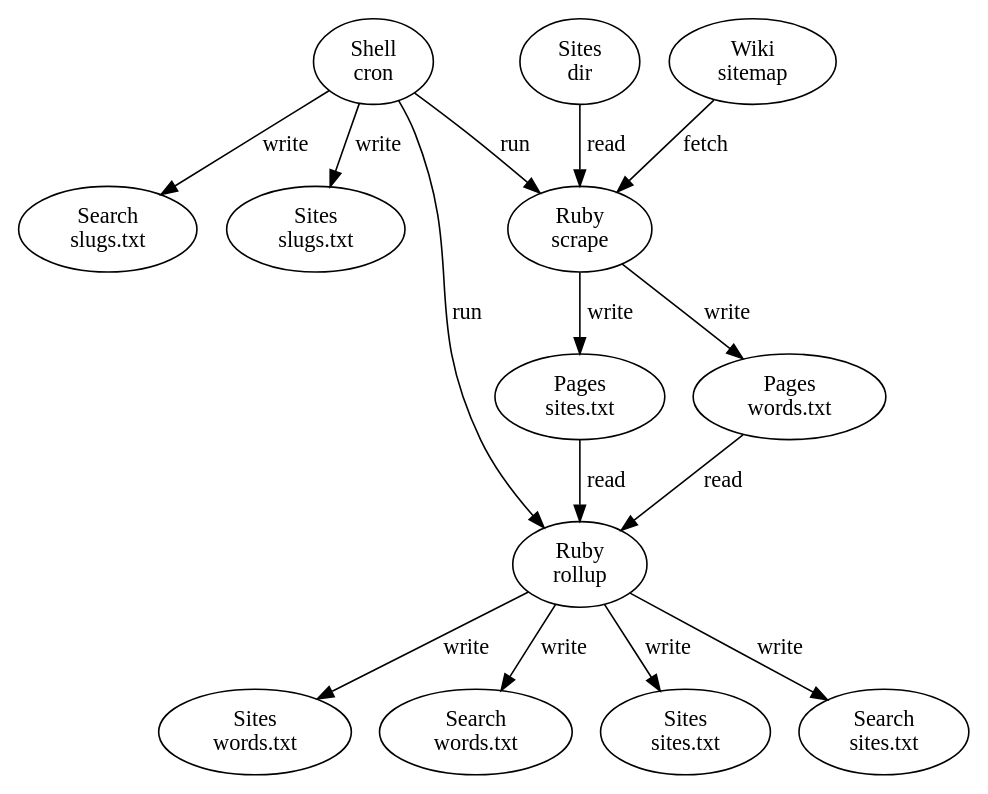
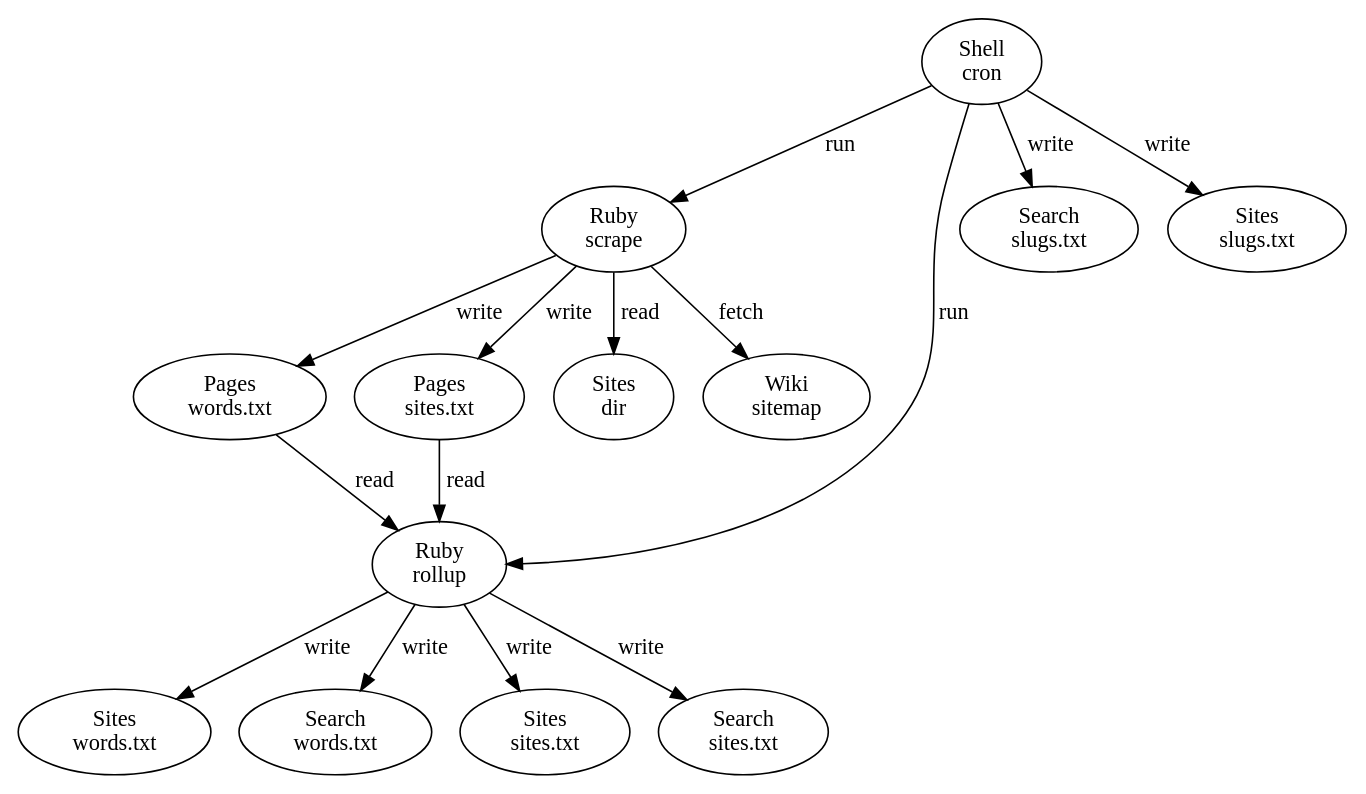
One commit to WardCunningham/search changed the diagram in graphs/Index.dot. Above: the diagram before and after it, drawn with Graphviz. The commit also changed 2 other files, not shown here.

Commit message:
Automatic Graph Update

```diff
--- a/graphs/Index.dot
+++ b/graphs/Index.dot
@@ -1,29 +1,29 @@
 digraph {
 0 [label="Shell\ncron"]
 1 [label="Ruby\nscrape"]
 2 [label="Ruby\nrollup"]
 3 [label="Search\nslugs.txt"]
 4 [label="Sites\nslugs.txt"]
 5 [label="Pages\nwords.txt"]
 6 [label="Pages\nsites.txt"]
 7 [label="Sites\nwords.txt"]
 8 [label="Search\nwords.txt"]
 9 [label="Sites\nsites.txt"]
 10 [label="Search\nsites.txt"]
 11 [label="Sites\ndir"]
 12 [label="Wiki\nsitemap"]
 0 -> 1 [label="run"]
 0 -> 2 [label="run"]
 0 -> 3 [label="write"]
 0 -> 4 [label="write"]
 5 -> 2 [label="read"]
 6 -> 2 [label="read"]
 2 -> 7 [label="write"]
 2 -> 8 [label="write"]
 2 -> 9 [label="write"]
 2 -> 10 [label="write"]
-11 -> 1 [label="read"]
-12 -> 1 [label="fetch"]
+1 -> 11 [label="read"]
+1 -> 12 [label="fetch"]
 1 -> 5 [label="write"]
 1 -> 6 [label="write"]
 }
```
